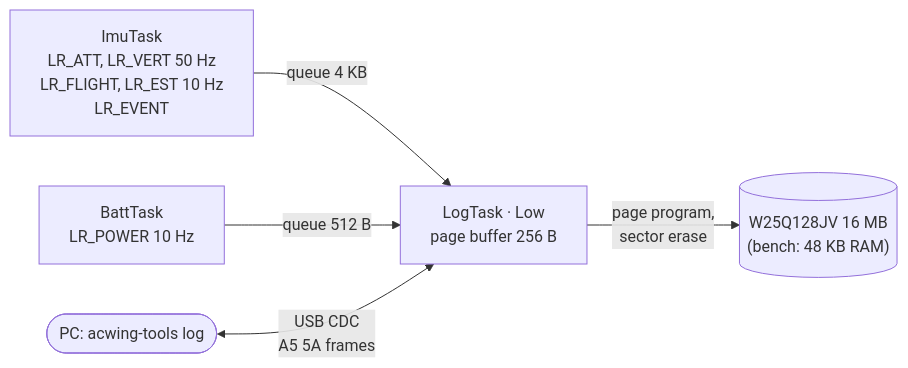
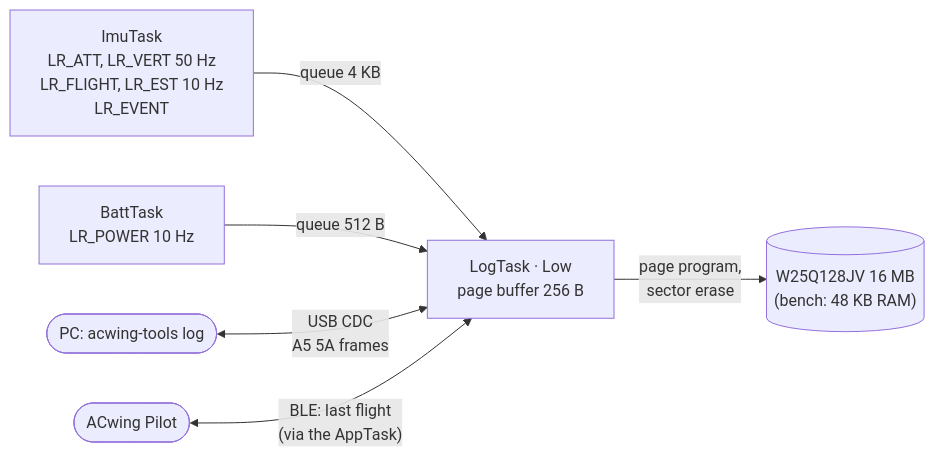
Before and after one commit to ACwing-UAV/ACwing_FW: the diagram in 03 - Docs/firmware/logging.md, drawn with Mermaid. The commit also changed other lines of this file and 15 other files, not shown here.

First line of the commit message:
Last-flight log download over BLE (all platforms), USB keeps the whole memory

````diff
--- a/03 - Docs/firmware/logging.md
+++ b/03 - Docs/firmware/logging.md
@@ -20,7 +20,8 @@
 ```mermaid
 flowchart LR
   IMU["ImuTask<br/>LR_ATT, LR_VERT 50 Hz<br/>LR_FLIGHT, LR_EST 10 Hz<br/>LR_EVENT"] -- "queue 4 KB" --> LT
   BT["BattTask<br/>LR_POWER 10 Hz"] -- "queue 512 B" --> LT
   LT["LogTask · Low<br/>page buffer 256 B"] -- "page program,<br/>sector erase" --> FL[("W25Q128JV 16 MB<br/>(bench: 48 KB RAM)")]
   PC(["PC: acwing-tools log"]) <-- "USB CDC<br/>A5 5A frames" --> LT
+  APP(["ACwing Pilot"]) <-- "BLE: last flight<br/>(via the AppTask)" --> LT
 ```
````
